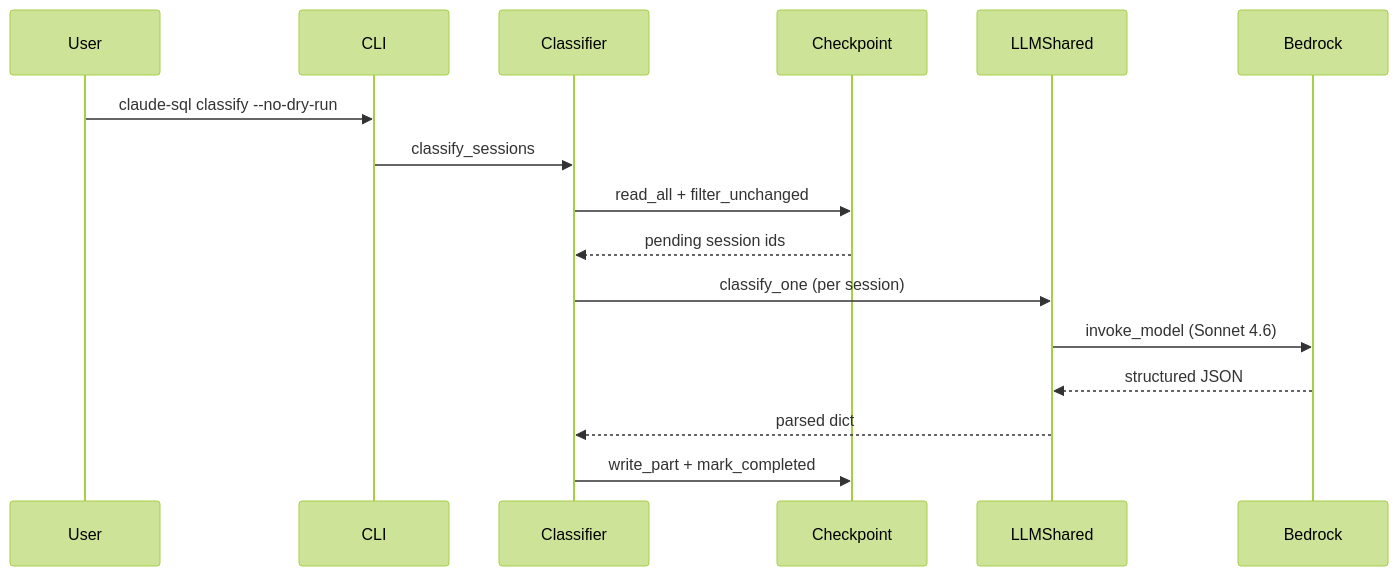
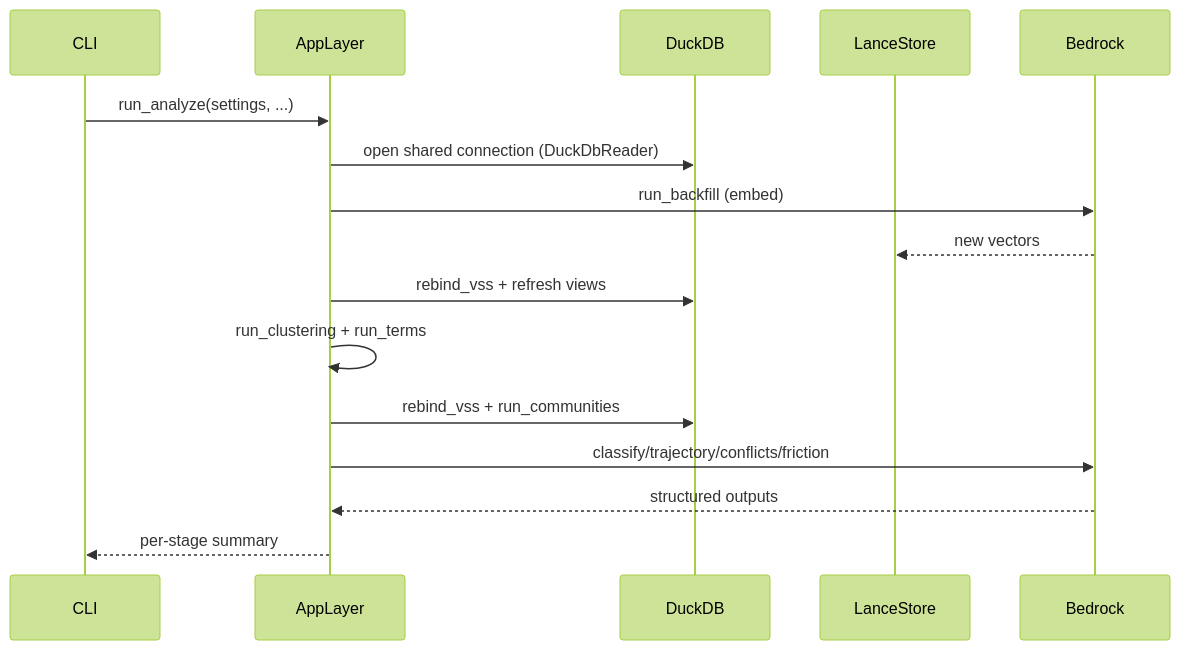
Before and after one commit to theagenticguy/claude-sql: the third of 3 diagrams in docs/architecture/data-flow.md, drawn with Mermaid (forest theme). The commit also changed other lines of this file and 279 other files, not shown here.

First line of the commit message:
feat(v2)!: hexagonal architecture — domain/application/infrastructure/interfaces (#159)

````diff
--- a/docs/architecture/data-flow.md
+++ b/docs/architecture/data-flow.md
@@ -80,18 +76,18 @@
 ```mermaid
 sequenceDiagram
-    participant User
     participant CLI
-    participant Classifier
-    participant Checkpoint
-    participant LLMShared
+    participant AppLayer
+    participant DuckDB
+    participant LanceStore
     participant Bedrock
-    User->>CLI: claude-sql classify --no-dry-run
-    CLI->>Classifier: classify_sessions
-    Classifier->>Checkpoint: read_all + filter_unchanged
-    Checkpoint-->>Classifier: pending session ids
-    Classifier->>LLMShared: classify_one (per session)
-    LLMShared->>Bedrock: invoke_model (Sonnet 4.6)
-    Bedrock-->>LLMShared: structured JSON
-    LLMShared-->>Classifier: parsed dict
-    Classifier->>Checkpoint: write_part + mark_completed
+    CLI->>AppLayer: run_analyze(settings, ...)
+    AppLayer->>DuckDB: open shared connection (DuckDbReader)
+    AppLayer->>Bedrock: run_backfill (embed)
+    Bedrock-->>LanceStore: new vectors
+    AppLayer->>DuckDB: rebind_vss + refresh views
+    AppLayer->>AppLayer: run_clustering + run_terms
+    AppLayer->>DuckDB: rebind_vss + run_communities
+    AppLayer->>Bedrock: classify/trajectory/conflicts/friction
+    Bedrock-->>AppLayer: structured outputs
+    AppLayer-->>CLI: per-stage summary
 ```
````
